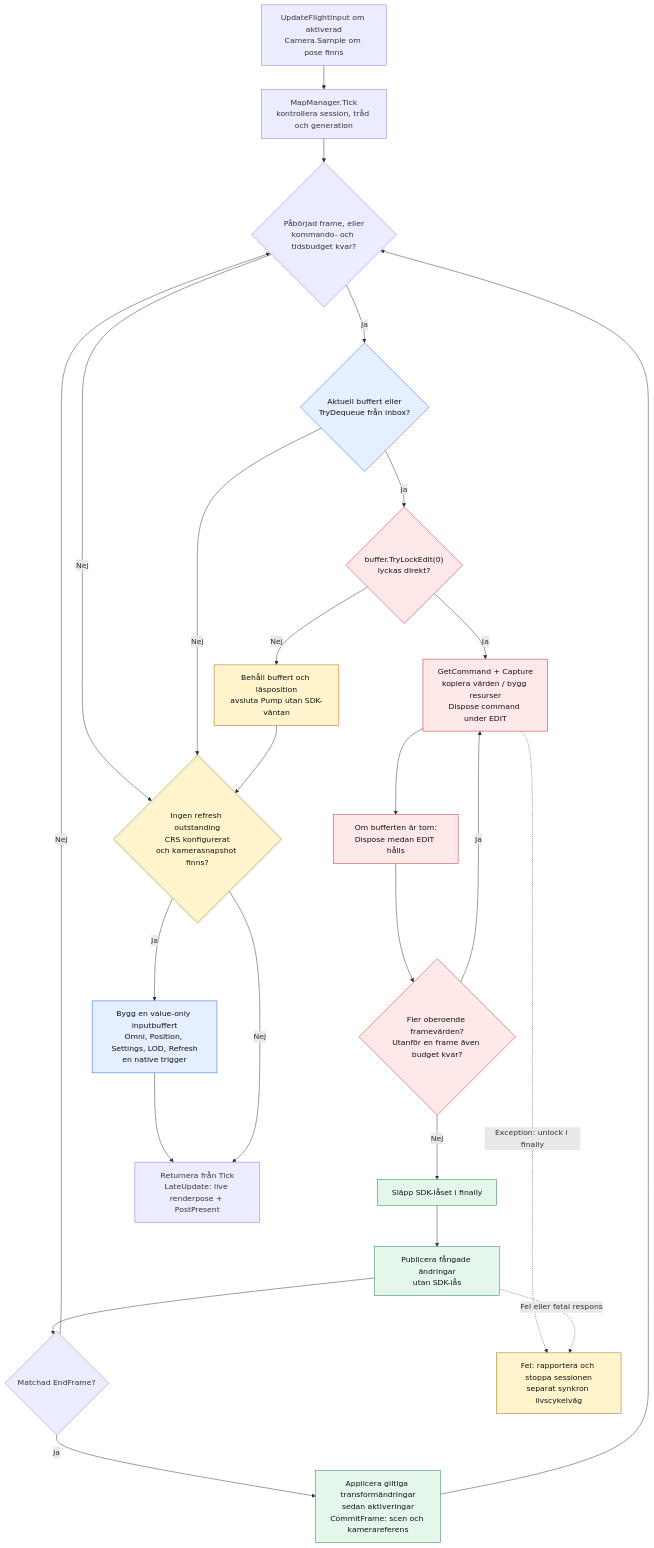
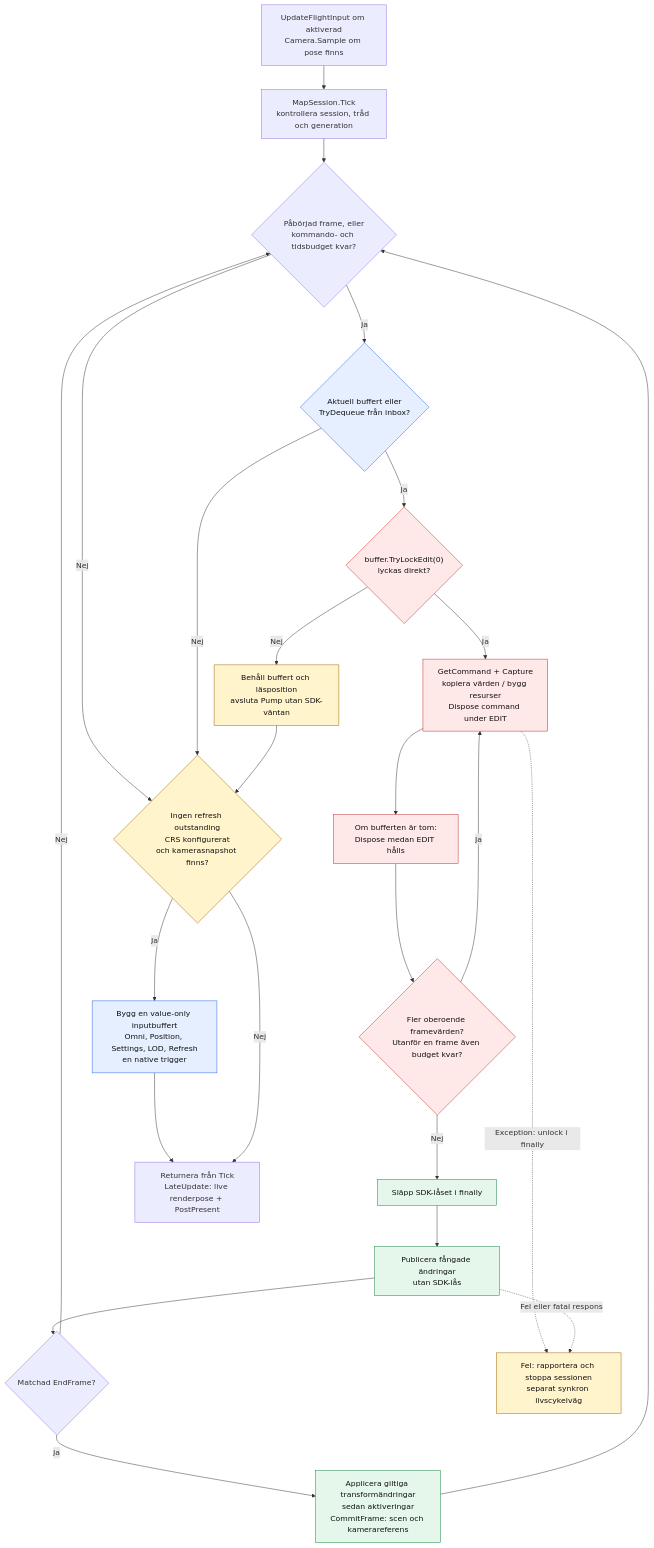
The second of 12 diagrams in docs/design/command-loop-and-locks.md (ToolTech/CSWUnity), drawn with Mermaid before and after one commit. The commit also changed other lines of this file and 465 other files, not shown here.

````diff
--- a/docs/design/command-loop-and-locks.md
+++ b/docs/design/command-loop-and-locks.md
@@ -103,43 +103,43 @@
 ```mermaid
 flowchart TD
     T0["UpdateFlightInput om aktiverad<br/>Camera.Sample om pose finns"]
-    T1["MapManager.Tick<br/>kontrollera session, tråd och generation"]
+    T1["MapSession.Tick<br/>kontrollera session, tråd och generation"]
     B{"Påbörjad frame, eller<br/>kommando- och tidsbudget kvar?"}
     Q{"Aktuell buffert eller<br/>TryDequeue från inbox?"}
     L{"buffer.TryLockEdit(0)<br/>lyckas direkt?"}
     SKIP["Behåll buffert och läsposition<br/>avsluta Pump utan SDK-väntan"]
     C["GetCommand + Capture<br/>kopiera värden / bygg resurser<br/>Dispose command under EDIT"]
     MORE{"Fler oberoende framevärden?<br/>Utanför en frame även budget kvar?"}
     CLOSE["Om bufferten är tom:<br/>Dispose medan EDIT hålls"]
     UNLOCK["Släpp SDK-låset i finally"]
     PUB["Publicera fångade ändringar<br/>utan SDK-lås"]
     EF{"Matchad EndFrame?"}
     COMMIT["Applicera giltiga transformändringar<br/>sedan aktiveringar<br/>CommitFrame: scen och kamerareferens"]
     R{"Ingen refresh outstanding<br/>CRS konfigurerat<br/>och kamerasnapshot finns?"}
     SEND["Bygg en value-only inputbuffert<br/>Omni, Position, Settings, LOD, Refresh<br/>en native trigger"]
     DONE["Returnera från Tick<br/>LateUpdate: live renderpose + PostPresent"]
     FAIL["Fel: rapportera och stoppa sessionen<br/>separat synkron livscykelväg"]
     T0 --> T1 --> B
     B -->|Ja| Q
     B -->|Nej| R
     Q -->|Ja| L
     Q -->|Nej| R
     L -->|Nej| SKIP --> R
     L -->|Ja| C --> CLOSE --> MORE
     MORE -->|Ja| C
     MORE -->|Nej| UNLOCK --> PUB --> EF
     EF -->|Ja| COMMIT --> B
     EF -->|Nej| B
     R -->|Ja| SEND --> DONE
     R -->|Nej| DONE
     C -.->|Exception: unlock i finally| FAIL
     PUB -.->|Fel eller fatal respons| FAIL
     classDef edit fill:#ffe8e8,stroke:#c62828,color:#111;
     classDef queue fill:#e6efff,stroke:#2563eb,color:#111;
     classDef publish fill:#e5f7eb,stroke:#15803d,color:#111;
     classDef pending fill:#fff4cc,stroke:#a16207,color:#111;
     class L,C,CLOSE,MORE edit;
     class Q,SEND queue;
     class UNLOCK,PUB,COMMIT publish;
     class SKIP,R,FAIL pending;
 ```
````
